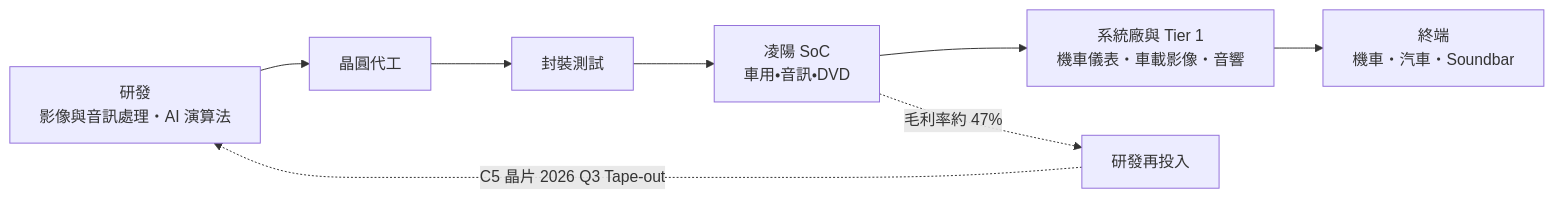
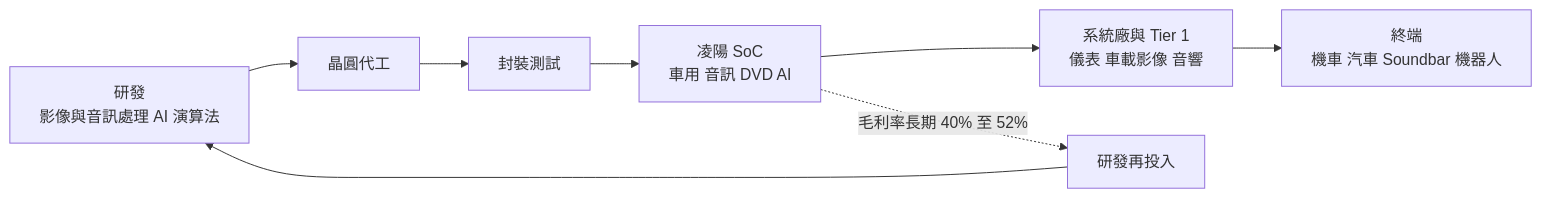
One commit to wangnick1004/taiwan-stock-vault changed the second of 4 diagrams in 個股/台股/2401凌陽.md. Above: the diagram before and after it, drawn with Mermaid. The commit also changed other lines of this file and 19 other files, not shown here.

````diff
--- a/個股/台股/2401凌陽.md
+++ b/個股/台股/2401凌陽.md
@@ -74,10 +76,10 @@
 ```mermaid
 flowchart LR
-    A["研發<br/>影像與音訊處理・AI 演算法"] --> B[晶圓代工]
+    A["研發<br/>影像與音訊處理 AI 演算法"] --> B[晶圓代工]
     B --> C[封裝測試]
-    C --> D["凌陽 SoC<br/>車用・音訊・DVD"]
-    D --> E["系統廠與 Tier 1<br/>機車儀表・車載影像・音響"]
-    E --> F["終端<br/>機車・汽車・Soundbar"]
-    D -. 毛利率約 47% .-> G[研發再投入]
-    G -. C5 晶片 2026 Q3 Tape-out .-> A
+    C --> D["凌陽 SoC<br/>車用 音訊 DVD AI"]
+    D --> E["系統廠與 Tier 1<br/>儀表 車載影像 音響"]
+    E --> F["終端<br/>機車 汽車 Soundbar 機器人"]
+    D -. 毛利率長期 40% 至 52% .-> G[研發再投入]
+    G --> A
 ```
````
